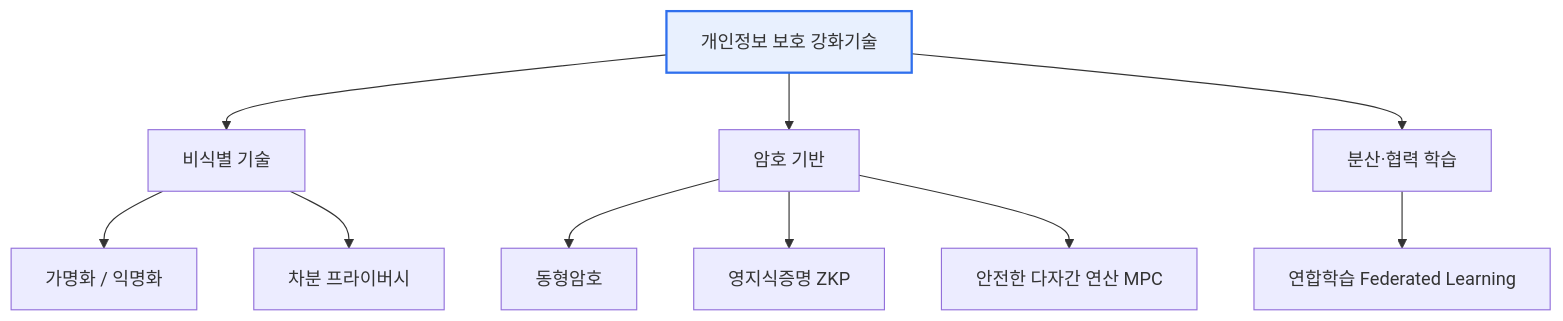
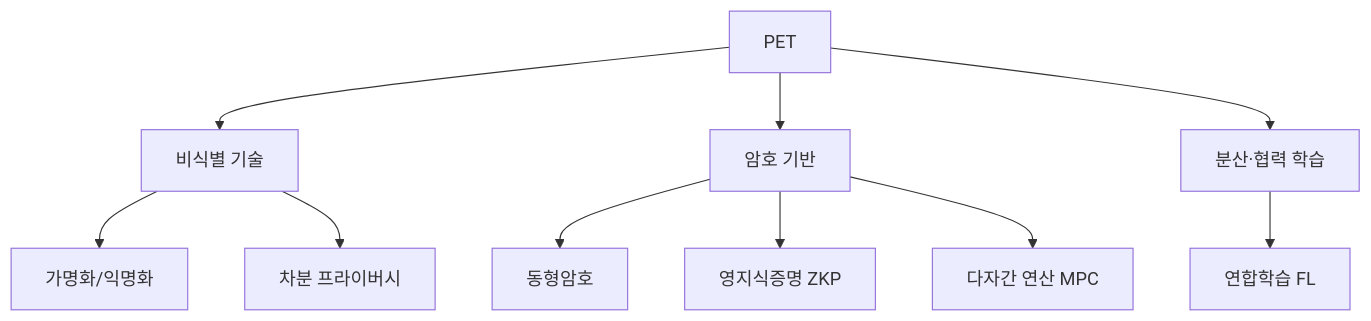
One commit to coninggu/wjdqhrhksflrltnftk changed the diagram in content/privacy-enhancing-technologies.md. Above: the diagram before and after it, drawn with Mermaid. The commit also changed other lines of this file and 28 other files, not shown here.

````diff
--- a/content/privacy-enhancing-technologies.md
+++ b/content/privacy-enhancing-technologies.md
@@ -14,13 +14,12 @@
 ```mermaid
 flowchart TB
-  P[개인정보 보호 강화기술] --> A[비식별 기술]
+  P[PET] --> A[비식별 기술]
   P --> B[암호 기반]
   P --> C[분산·협력 학습]
-  A --> A1[가명화 / 익명화]
+  A --> A1[가명화/익명화]
   A --> A2[차분 프라이버시]
   B --> B1[동형암호]
   B --> B2[영지식증명 ZKP]
-  B --> B3[안전한 다자간 연산 MPC]
-  C --> C1[연합학습 Federated Learning]
-  style P fill:#e8f0fe,stroke:#2f6fed,stroke-width:2px
+  B --> B3[다자간 연산 MPC]
+  C --> C1[연합학습 FL]
 ```
````
